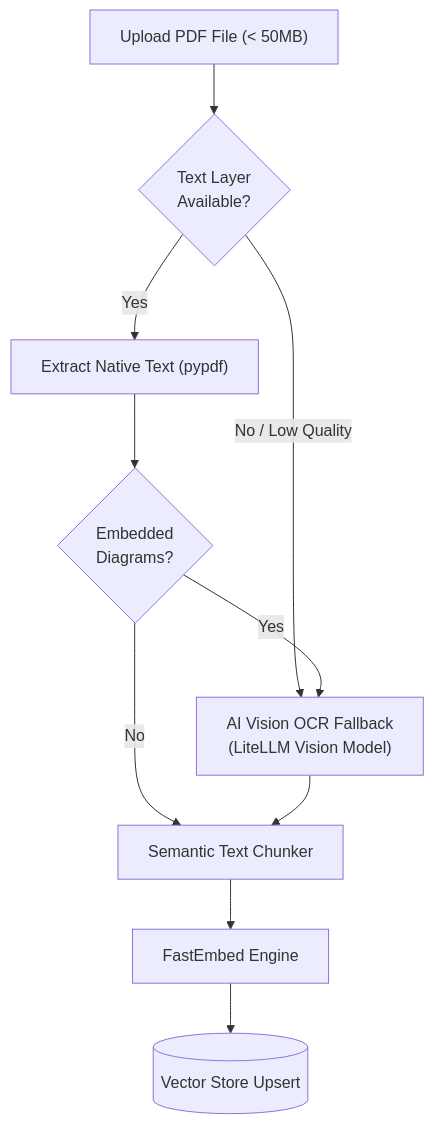
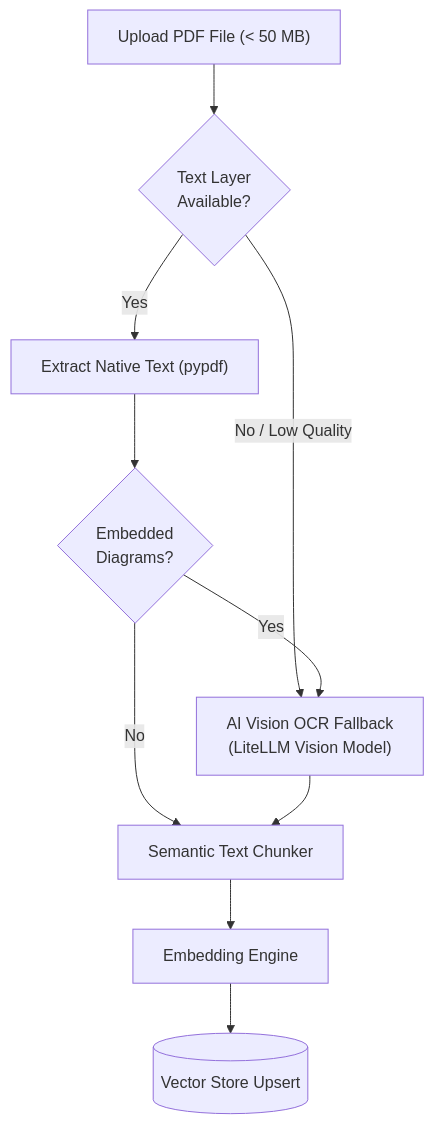
The third of 3 diagrams in docs/architecture/data-pipeline.md (spelech/contextcortex), drawn with Mermaid before and after one commit. The commit also changed other lines of this file and 31 other files, not shown here.

Commit message:
docs: overhaul VitePress navigation, v2.18.0 features, Mermaid sizing, and LaTeX formatting

````diff
--- a/docs/architecture/data-pipeline.md
+++ b/docs/architecture/data-pipeline.md
@@ -91,12 +109,12 @@
 ```mermaid
 flowchart TD
-    Upload["Upload PDF File (< 50MB)"] --> CheckText{"Text Layer\nAvailable?"}
+    Upload["Upload PDF File (< 50 MB)"] --> CheckText{"Text Layer<br/>Available?"}
     CheckText -->|Yes| ExtractText["Extract Native Text (pypdf)"]
-    CheckText -->|No / Low Quality| VisionOCR["AI Vision OCR Fallback\n(LiteLLM Vision Model)"]
-    ExtractText --> CheckImages{"Embedded\nDiagrams?"}
+    CheckText -->|No / Low Quality| VisionOCR["AI Vision OCR Fallback<br/>(LiteLLM Vision Model)"]
+    ExtractText --> CheckImages{"Embedded<br/>Diagrams?"}
     CheckImages -->|Yes| VisionOCR
     CheckImages -->|No| Chunker["Semantic Text Chunker"]
     VisionOCR --> Chunker
-    Chunker --> Embed["FastEmbed Engine"]
+    Chunker --> Embed["Embedding Engine"]
     Embed --> VectorStore[("Vector Store Upsert")]
 ```
````
